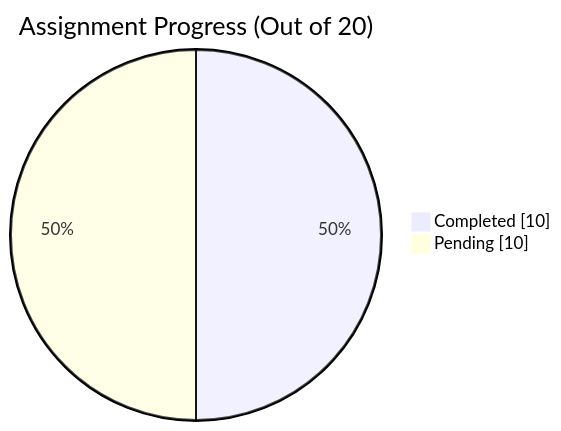
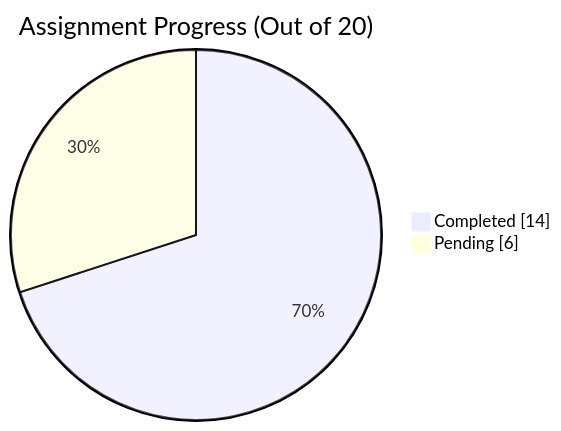
One commit to Neerajkumar151/Assignments changed the diagram in README.md. Above: the diagram before and after it, drawn with Mermaid. The commit also changed other lines of this file, not shown here.

````diff
--- a/README.md
+++ b/README.md
@@ -27,6 +27,6 @@
 ```mermaid
 pie showData
   title Assignment Progress (Out of 20)
-  "Completed" : 10
-  "Pending" : 10
+  "Completed" : 14
+  "Pending" : 6
 ```
````
